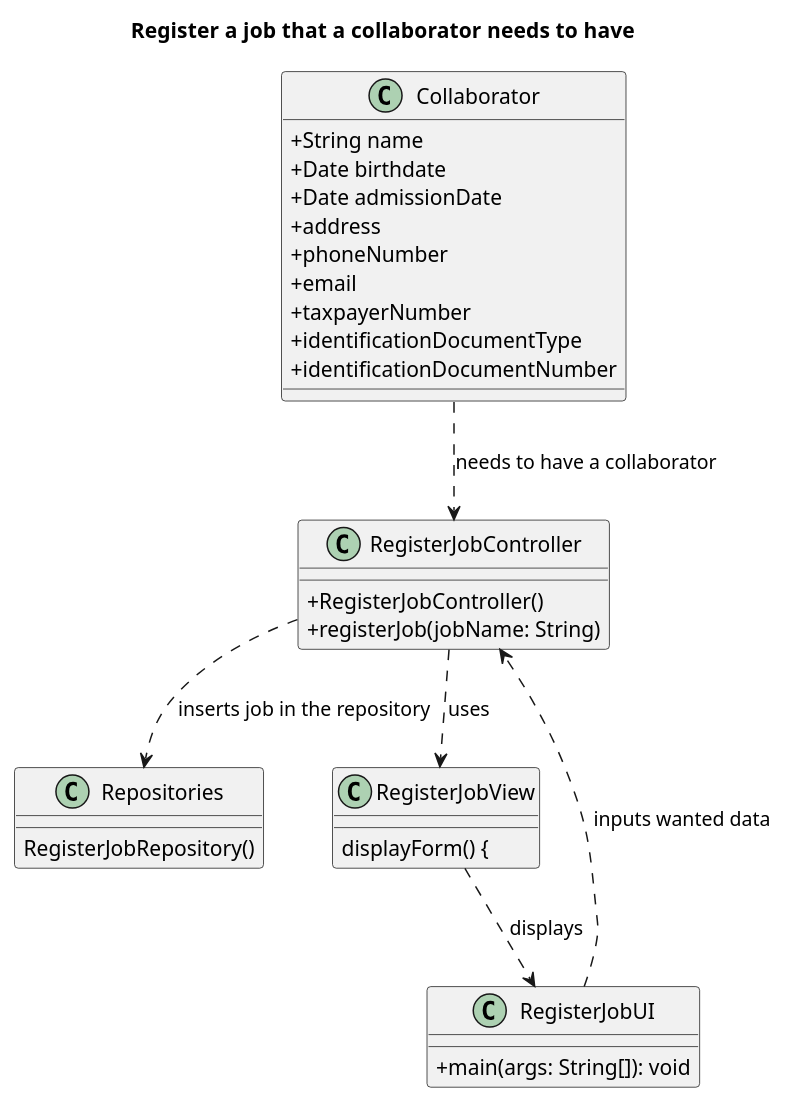
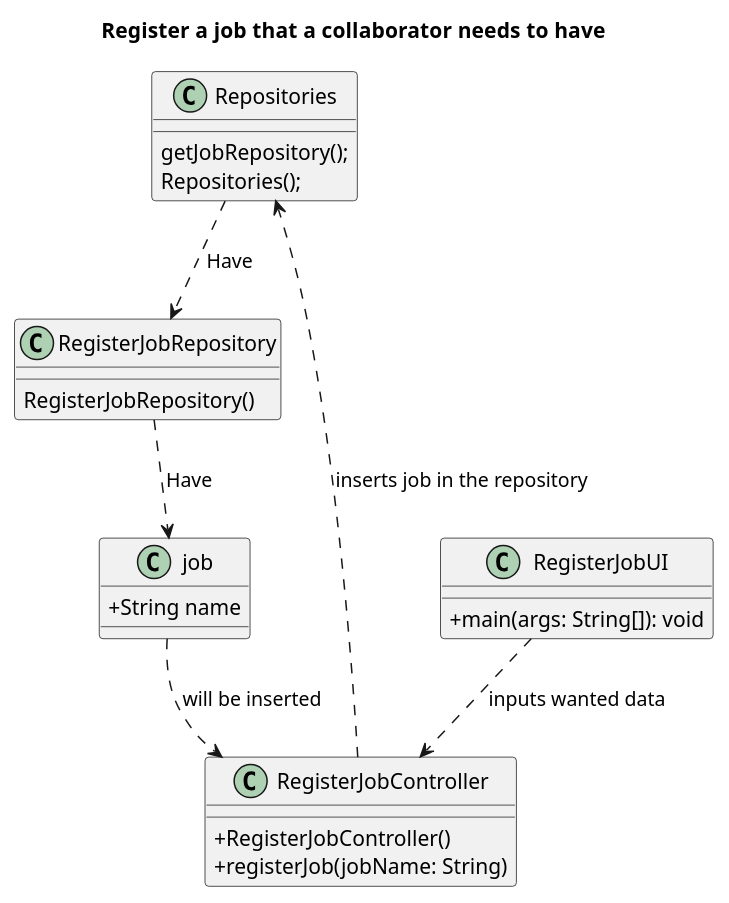
The diagram in docs/sprintB/us002/03.design/puml/us002-class-diagram.puml (Departamento-de-Engenharia-Informatica/lei-24-s2-1dm-g132), drawn with PlantUML before and after one commit. The commit also changed 1 other file, not shown here.

Commit message:
Changes in the us 002 and us 006 Class diagram

```diff
--- a/docs/sprintB/us002/03.design/puml/us002-class-diagram.puml
+++ b/docs/sprintB/us002/03.design/puml/us002-class-diagram.puml
@@ -1,42 +1,33 @@
 @startuml
 title Register a job  that a collaborator needs to have
 
 skinparam classAttributeIconSize 0
 
-
+class Repositories {
+    getJobRepository();
+    Repositories();
+}
 class RegisterJobController {
     + RegisterJobController()
     + registerJob(jobName: String)
 
 }
 
 class RegisterJobUI {
     +main(args: String[]): void
 }
 
-class Repositories {
+class RegisterJobRepository {
     RegisterJobRepository()
 }
-class RegisterJobView {
-    displayForm() {
-    }
+class job{
+    +String name
+}
 
-
-class Collaborator {
-    +String name
-    +Date birthdate
-    +Date admissionDate
-    +address
-    +phoneNumber
-    +email
-    +taxpayerNumber
-    +identificationDocumentType
-    +identificationDocumentNumber
-}
 
 RegisterJobUI ..> RegisterJobController: inputs wanted data
 RegisterJobController ..> Repositories : inserts job in the repository
-Collaborator ..> RegisterJobController : needs to have a collaborator
-RegisterJobView ..> RegisterJobUI : displays
-RegisterJobController ..> RegisterJobView : uses
+Repositories ..> RegisterJobRepository : Have
+RegisterJobRepository ..> job : Have
+job ..> RegisterJobController : will be inserted
 @enduml
```
